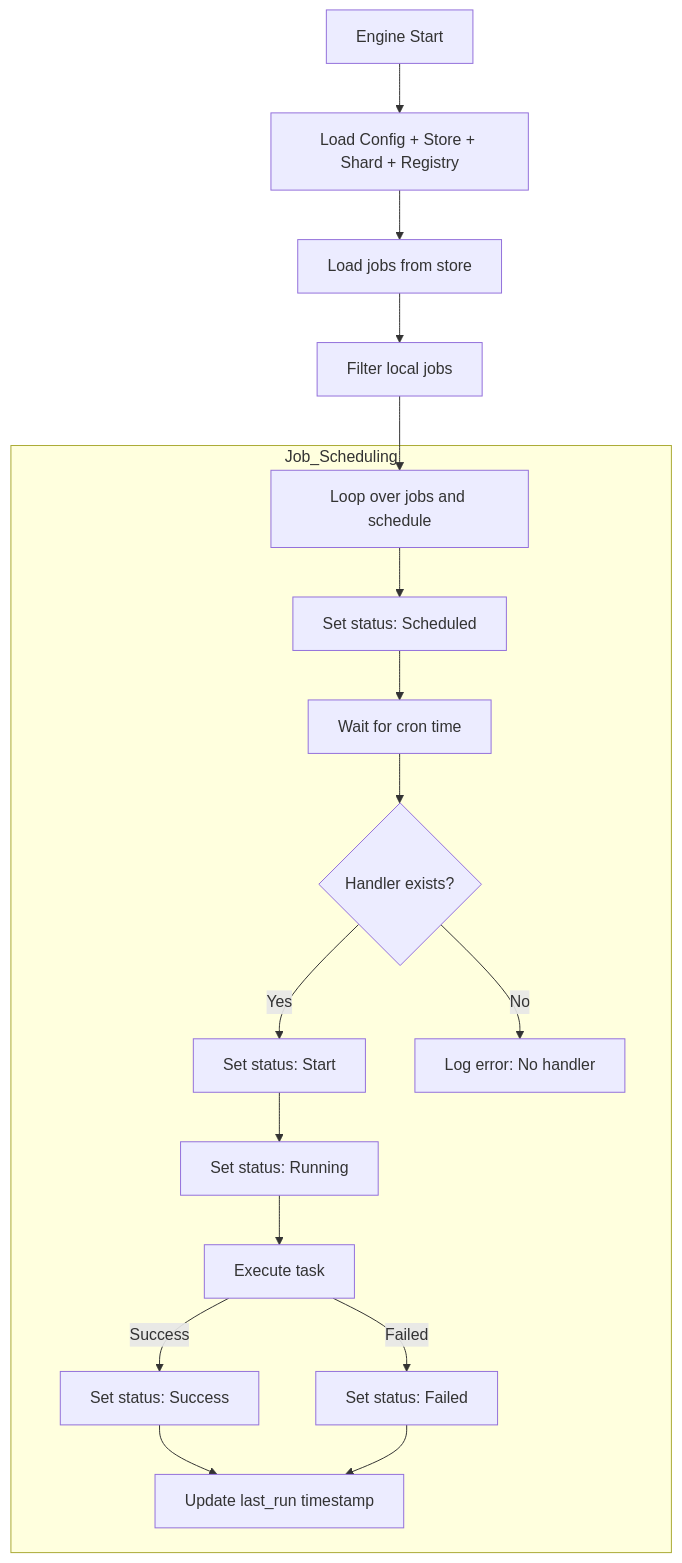
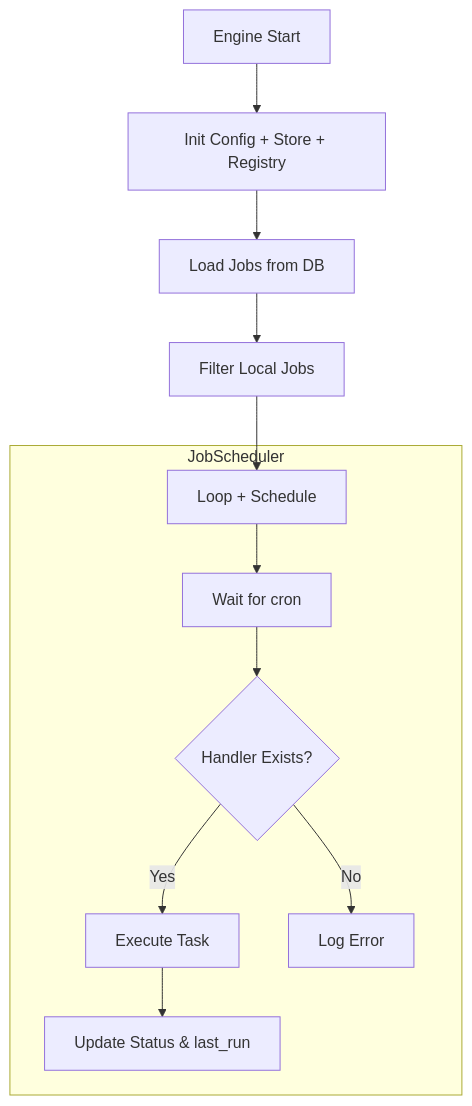
The diagram in README.md (preedep/nixscheduler-engine), drawn with Mermaid before and after one commit. The commit also changed other lines of this file, not shown here.

````diff
--- a/README.md
+++ b/README.md
@@ -92,25 +89,15 @@
 ```mermaid
 flowchart TD
-    Start[Engine Start] --> Init[Load Config + Store + Shard + Registry]
-    Init --> LoadJobs[Load jobs from store]
-    LoadJobs --> ShardFilter[Filter local jobs]
-    ShardFilter --> ScheduleLoop[Loop over jobs and schedule]
+    Start[Engine Start] --> Init[Init Config + Store + Registry]
+    Init --> LoadJobs[Load Jobs from DB]
+    LoadJobs --> ShardFilter[Filter Local Jobs]
+    ShardFilter --> Loop[Loop + Schedule]
 
-    
-    subgraph Job_Scheduling
-        ScheduleLoop --> SetScheduled[Set status: Scheduled]
-        SetScheduled --> WaitNext[Wait for cron time]
-        WaitNext --> CheckHandler{Handler exists?}
-        CheckHandler -- Yes --> SetStart[Set status: Start]
-        CheckHandler -- No --> LogMissing[Log error: No handler]
-
-        SetStart --> SetRunning[Set status: Running]
-        SetRunning --> Execute[Execute task]
-
-        Execute -- Success --> SetSuccess[Set status: Success]
-        Execute -- Failed --> SetFailed[Set status: Failed]
-
-        SetSuccess --> UpdateLastRun[Update last_run timestamp]
-        SetFailed --> UpdateLastRun
+    subgraph JobScheduler
+        Loop --> WaitNext[Wait for cron]
+        WaitNext --> CheckHandler{Handler Exists?}
+        CheckHandler -- Yes --> Execute[Execute Task]
+        CheckHandler -- No --> LogErr[Log Error]
+        Execute --> Update[Update Status & last_run]
     end
 ```
````
